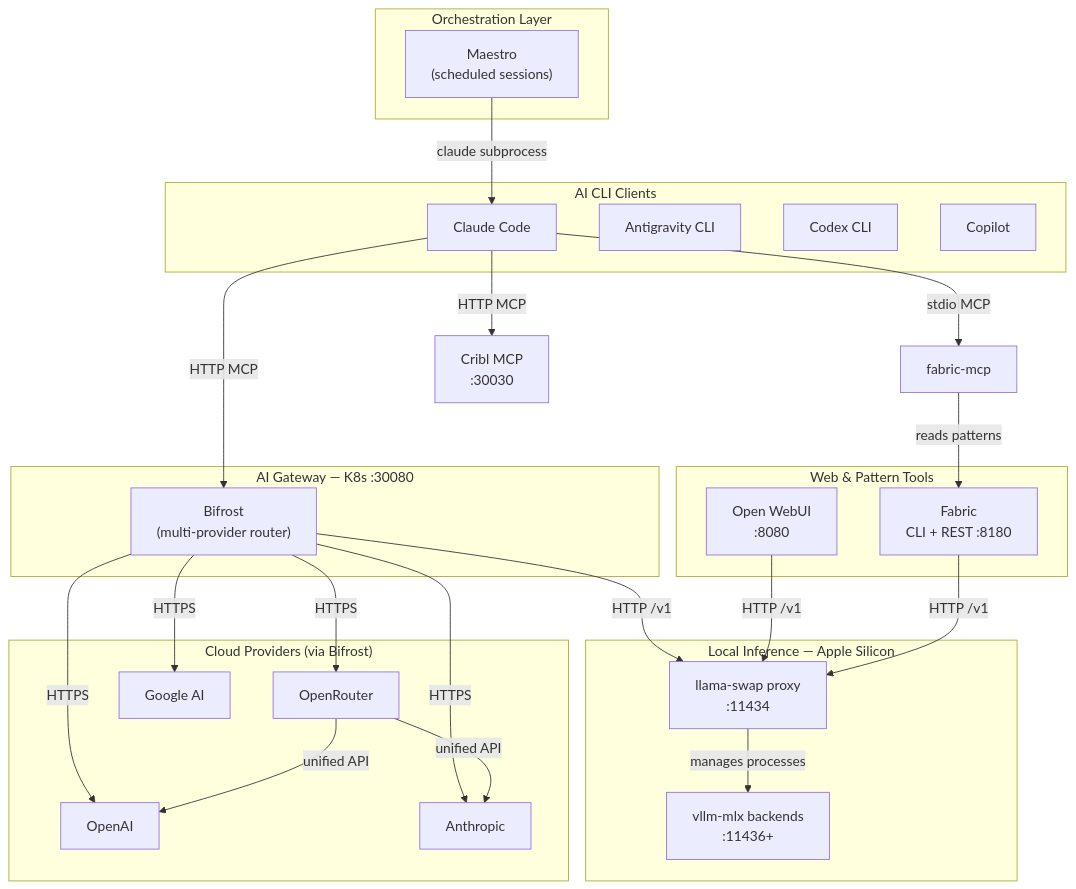
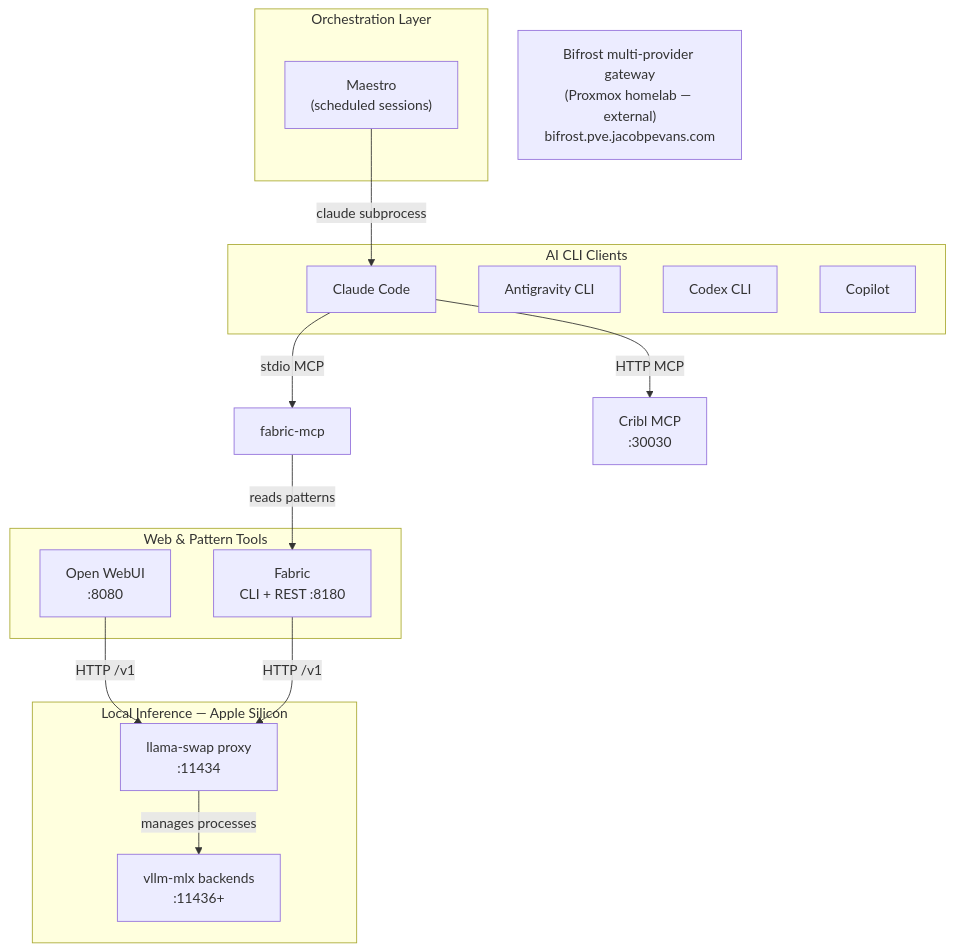
Before and after one commit to dryvist/nix-ai: the first of 4 diagrams in docs/architecture/system-integration-map.md, drawn with Mermaid. The commit also changed other lines of this file and 18 other files, not shown here.

First line of the commit message:
refactor(bifrost): decouple nix-ai clients from the Bifrost gateway

````diff
--- a/docs/architecture/system-integration-map.md
+++ b/docs/architecture/system-integration-map.md
@@ -11,55 +11,36 @@
 ```mermaid
 graph TD
     subgraph Clients["AI CLI Clients"]
         CC["Claude Code"]
         GEM["Antigravity CLI"]
         CDX["Codex CLI"]
         COP["Copilot"]
     end
 
     subgraph Orchestration["Orchestration Layer"]
         MAE["Maestro\n(scheduled sessions)"]
     end
 
-    subgraph Gateway["AI Gateway — K8s :30080"]
-        BIF["Bifrost\n(multi-provider router)"]
-    end
-
     subgraph LocalInference["Local Inference — Apple Silicon"]
         LS["llama-swap proxy\n:11434"]
         VLLM["vllm-mlx backends\n:11436+"]
     end
 
     subgraph WebTools["Web & Pattern Tools"]
         OWU["Open WebUI\n:8080"]
         FAB["Fabric\nCLI + REST :8180"]
     end
 
-    subgraph Cloud["Cloud Providers (via Bifrost)"]
-        OR["OpenRouter"]
-        OAI["OpenAI"]
-        ANT["Anthropic"]
-        GGL["Google AI"]
-    end
+    HOMELAB["Bifrost multi-provider gateway\n(Proxmox homelab — external)\nbifrost.pve.jacobpevans.com"]
 
     CC -->|stdio MCP| FAB_MCP["fabric-mcp"]
-    CC -->|HTTP MCP| BIF
     CC -->|HTTP MCP| CRIBL["Cribl MCP\n:30030"]
     MAE -->|claude subprocess| CC
 
     FAB_MCP -->|reads patterns| FAB
-
-    BIF -->|HTTP /v1| LS
-    BIF -->|HTTPS| OR
-    BIF -->|HTTPS| OAI
-    BIF -->|HTTPS| ANT
-    BIF -->|HTTPS| GGL
-
-    OR -->|unified API| OAI
-    OR -->|unified API| ANT
 
     OWU -->|HTTP /v1| LS
     FAB -->|HTTP /v1| LS
 
     LS -->|manages processes| VLLM
 ```
````
